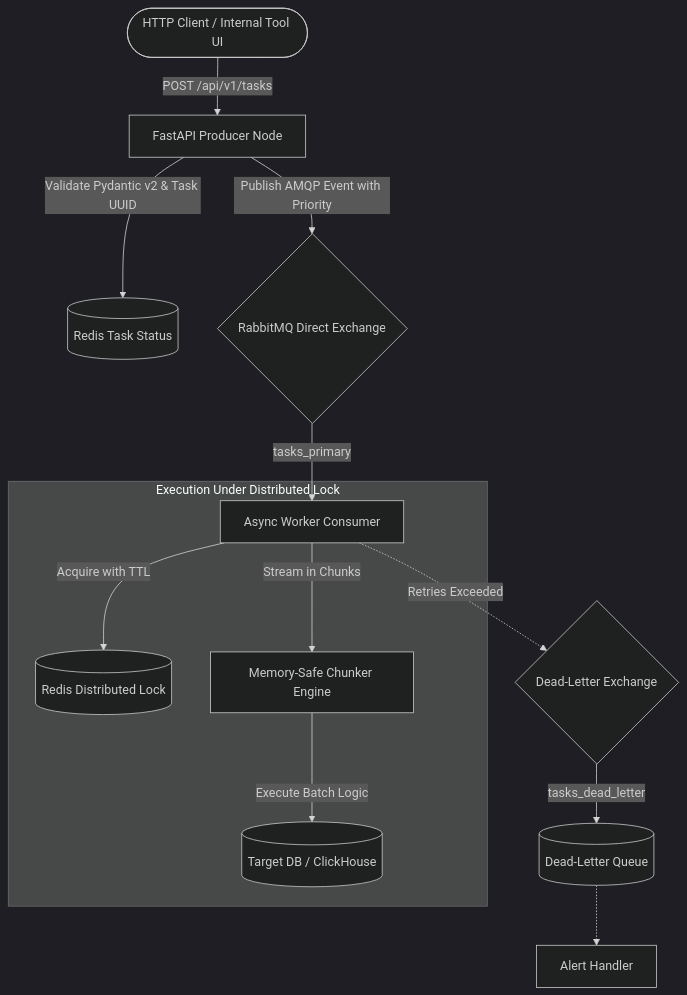
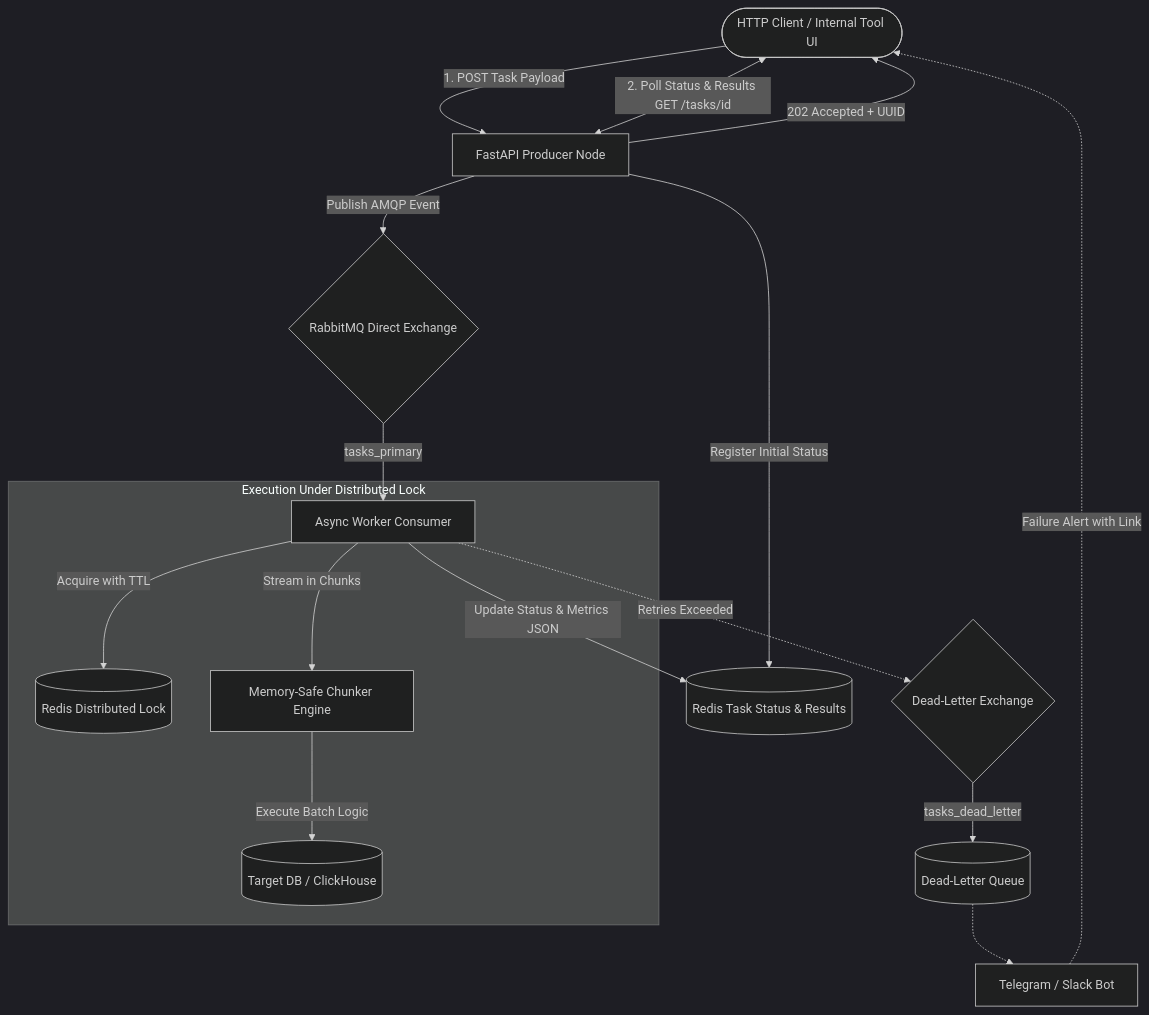
The diagram in README.md (georgeladd/async-task-engine), drawn with Mermaid (dark theme) before and after one commit. The commit also changed 1 other file, not shown here.

Commit message:
Enhance architecture diagram and specs with result retrieval feedback loop

````diff
--- a/README.md
+++ b/README.md
@@ -30,18 +30,24 @@
 ```mermaid
 flowchart TD
-    Client([HTTP Client / Internal Tool UI]) -->|POST /api/v1/tasks| API[FastAPI Producer Node]
-    API -->|Validate Pydantic v2 & Task UUID| Cache[(Redis Task Status)]
-    API -->|Publish AMQP Event with Priority| RMQ_Main{RabbitMQ Direct Exchange}
+    Client([HTTP Client / Internal Tool UI]) -->|1. POST Task Payload| API[FastAPI Producer Node]
+    API -->|202 Accepted + UUID| Client
+    Client <-->|2. Poll Status & Results GET /tasks/id| API
+
+    API -->|Register Initial Status| Cache[(Redis Task Status & Results)]
+    API -->|Publish AMQP Event| RMQ_Main{RabbitMQ Direct Exchange}
     
     RMQ_Main -->|tasks_primary| Worker[Async Worker Consumer]
     
     subgraph Execution Under Distributed Lock
         Worker -->|Acquire with TTL| Lock[(Redis Distributed Lock)]
         Worker -->|Stream in Chunks| Chunker[Memory-Safe Chunker Engine]
         Chunker -->|Execute Batch Logic| Storage[(Target DB / ClickHouse)]
     end
+
+    Worker -->|Update Status & Metrics JSON| Cache
     
     Worker -.->|Retries Exceeded| DLX{Dead-Letter Exchange}
     DLX -->|tasks_dead_letter| DLQ[(Dead-Letter Queue)]
-    DLQ -.-> AlertBot[Alert Handler]
+    DLQ -.-> AlertBot[Telegram / Slack Bot]
+    AlertBot -.->|Failure Alert with Link| Client
 ```
````
